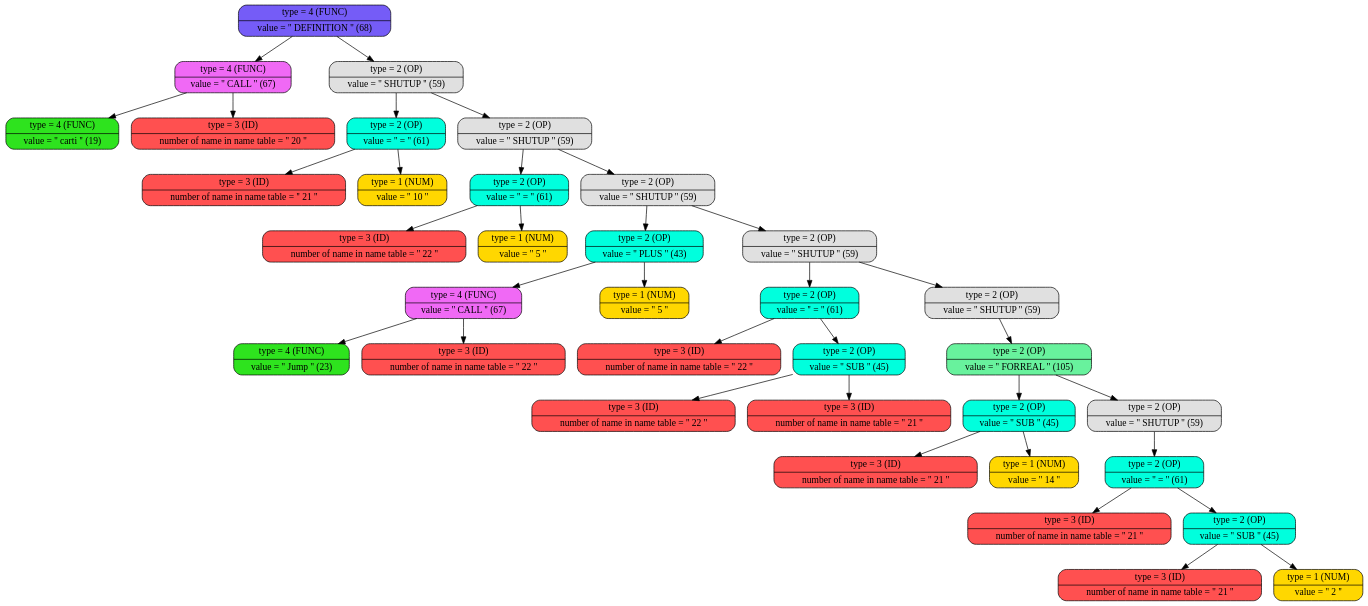
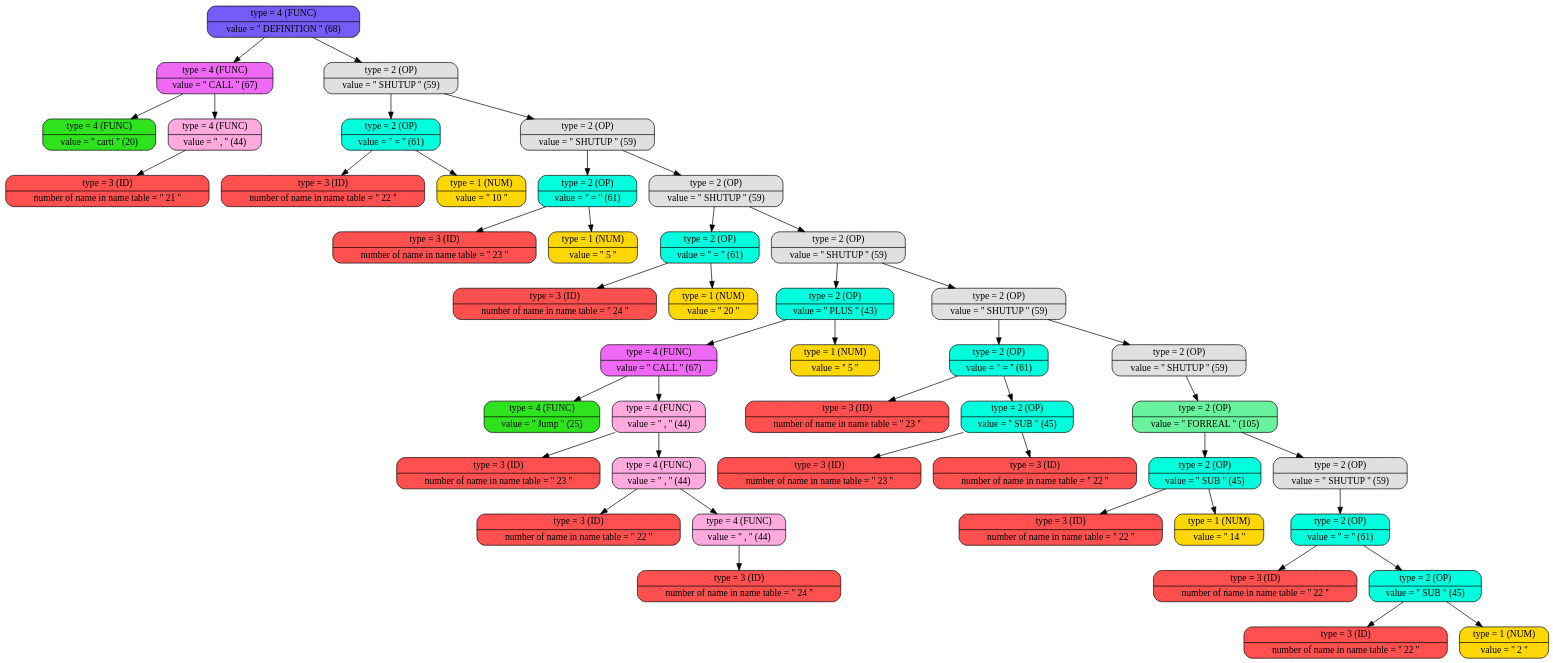
Before and after one commit to daniilgriga/MyProgrammingLanguage: the diagram in build/graph_tree.dot, drawn with Graphviz. The commit also changed 22 other files, not shown here.

```diff
--- a/build/graph_tree.dot
+++ b/build/graph_tree.dot
@@ -1,74 +1,94 @@
 digraph
 {
 bgcolor="transparent"
-node0x5030000006a0 [shape=Mrecord; label = " { type = 4 (FUNC) | value = '' DEFINITION ''  (68) }"; style = filled; fillcolor = "#755CF7"];
-node0x5030000006a0 -> node0x5030000000a0;
-node0x5030000006a0 -> node0x503000000160;
-node0x5030000000a0 [shape=Mrecord; label = " { type = 4 (FUNC) | value = '' CALL ''  (67) }"; style = filled; fillcolor = "#F069F5"];
-node0x5030000000a0 -> node0x503000000040;
+node0x503000000880 [shape=Mrecord; label = " { type = 4 (FUNC) | value = '' DEFINITION ''  (68) }"; style = filled; fillcolor = "#755CF7"];
+node0x503000000880 -> node0x5030000000d0;
+node0x503000000880 -> node0x503000000190;
+node0x5030000000d0 [shape=Mrecord; label = " { type = 4 (FUNC) | value = '' CALL ''  (67) }"; style = filled; fillcolor = "#F069F5"];
+node0x5030000000d0 -> node0x503000000040;
+node0x5030000000d0 -> node0x5030000000a0;
+node0x503000000040 [shape=Mrecord; label = " { type = 4 (FUNC) | value = '' carti ''  (20) }"; style = filled; fillcolor = "#2EE31E"];
+node0x5030000000a0 [shape=Mrecord; label = " { type = 4 (FUNC) | value = '' , ''  (44) }"; style = filled; fillcolor = "#FEAADF"];
 node0x5030000000a0 -> node0x503000000070;
-node0x503000000040 [shape=Mrecord; label = " { type = 4 (FUNC) | value = '' carti ''  (19) }"; style = filled; fillcolor = "#2EE31E"];
-node0x503000000070 [shape=Mrecord; label = " { type = 3 (ID)   | number of name in name table = '' 20 '' }"; style = filled; fillcolor = "#FF5050"];
-node0x503000000160 [shape=Mrecord; label = " { type = 2 (OP)   | value = '' SHUTUP ''  (59) }"; style = filled; fillcolor = "#E0E0E0"];
+node0x503000000070 [shape=Mrecord; label = " { type = 3 (ID)   | number of name in name table = '' 21 '' }"; style = filled; fillcolor = "#FF5050"];
+node0x503000000190 [shape=Mrecord; label = " { type = 2 (OP)   | value = '' SHUTUP ''  (59) }"; style = filled; fillcolor = "#E0E0E0"];
+node0x503000000190 -> node0x503000000160;
+node0x503000000190 -> node0x503000000250;
+node0x503000000160 [shape=Mrecord; label = " { type = 2 (OP)   | value = '' = ''  (61) }"; style = filled; fillcolor = "#00FFDD"];
+node0x503000000160 -> node0x503000000100;
 node0x503000000160 -> node0x503000000130;
-node0x503000000160 -> node0x503000000220;
-node0x503000000130 [shape=Mrecord; label = " { type = 2 (OP)   | value = '' = ''  (61) }"; style = filled; fillcolor = "#00FFDD"];
-node0x503000000130 -> node0x5030000000d0;
-node0x503000000130 -> node0x503000000100;
-node0x5030000000d0 [shape=Mrecord; label = " { type = 3 (ID)   | number of name in name table = '' 21 '' }"; style = filled; fillcolor = "#FF5050"];
-node0x503000000100 [shape=Mrecord; label = " { type = 1 (NUM)  | value = '' 10 '' }"; style = filled; fillcolor = "#FFD700"];
-node0x503000000220 [shape=Mrecord; label = " { type = 2 (OP)   | value = '' SHUTUP ''  (59) }"; style = filled; fillcolor = "#E0E0E0"];
+node0x503000000100 [shape=Mrecord; label = " { type = 3 (ID)   | number of name in name table = '' 22 '' }"; style = filled; fillcolor = "#FF5050"];
+node0x503000000130 [shape=Mrecord; label = " { type = 1 (NUM)  | value = '' 10 '' }"; style = filled; fillcolor = "#FFD700"];
+node0x503000000250 [shape=Mrecord; label = " { type = 2 (OP)   | value = '' SHUTUP ''  (59) }"; style = filled; fillcolor = "#E0E0E0"];
+node0x503000000250 -> node0x503000000220;
+node0x503000000250 -> node0x503000000310;
+node0x503000000220 [shape=Mrecord; label = " { type = 2 (OP)   | value = '' = ''  (61) }"; style = filled; fillcolor = "#00FFDD"];
+node0x503000000220 -> node0x5030000001c0;
 node0x503000000220 -> node0x5030000001f0;
-node0x503000000220 -> node0x503000000340;
-node0x5030000001f0 [shape=Mrecord; label = " { type = 2 (OP)   | value = '' = ''  (61) }"; style = filled; fillcolor = "#00FFDD"];
-node0x5030000001f0 -> node0x503000000190;
-node0x5030000001f0 -> node0x5030000001c0;
-node0x503000000190 [shape=Mrecord; label = " { type = 3 (ID)   | number of name in name table = '' 22 '' }"; style = filled; fillcolor = "#FF5050"];
-node0x5030000001c0 [shape=Mrecord; label = " { type = 1 (NUM)  | value = '' 5 '' }"; style = filled; fillcolor = "#FFD700"];
-node0x503000000340 [shape=Mrecord; label = " { type = 2 (OP)   | value = '' SHUTUP ''  (59) }"; style = filled; fillcolor = "#E0E0E0"];
-node0x503000000340 -> node0x503000000310;
-node0x503000000340 -> node0x503000000460;
-node0x503000000310 [shape=Mrecord; label = " { type = 2 (OP)   | value = '' PLUS ''  (43) }"; style = filled; fillcolor = "#00FFDD"];
-node0x503000000310 -> node0x5030000002b0;
+node0x5030000001c0 [shape=Mrecord; label = " { type = 3 (ID)   | number of name in name table = '' 23 '' }"; style = filled; fillcolor = "#FF5050"];
+node0x5030000001f0 [shape=Mrecord; label = " { type = 1 (NUM)  | value = '' 5 '' }"; style = filled; fillcolor = "#FFD700"];
+node0x503000000310 [shape=Mrecord; label = " { type = 2 (OP)   | value = '' SHUTUP ''  (59) }"; style = filled; fillcolor = "#E0E0E0"];
 node0x503000000310 -> node0x5030000002e0;
-node0x5030000002b0 [shape=Mrecord; label = " { type = 4 (FUNC) | value = '' CALL ''  (67) }"; style = filled; fillcolor = "#F069F5"];
-node0x5030000002b0 -> node0x503000000250;
-node0x5030000002b0 -> node0x503000000280;
-node0x503000000250 [shape=Mrecord; label = " { type = 4 (FUNC) | value = '' Jump ''  (23) }"; style = filled; fillcolor = "#2EE31E"];
-node0x503000000280 [shape=Mrecord; label = " { type = 3 (ID)   | number of name in name table = '' 22 '' }"; style = filled; fillcolor = "#FF5050"];
-node0x5030000002e0 [shape=Mrecord; label = " { type = 1 (NUM)  | value = '' 5 '' }"; style = filled; fillcolor = "#FFD700"];
-node0x503000000460 [shape=Mrecord; label = " { type = 2 (OP)   | value = '' SHUTUP ''  (59) }"; style = filled; fillcolor = "#E0E0E0"];
-node0x503000000460 -> node0x503000000430;
-node0x503000000460 -> node0x503000000670;
-node0x503000000430 [shape=Mrecord; label = " { type = 2 (OP)   | value = '' = ''  (61) }"; style = filled; fillcolor = "#00FFDD"];
-node0x503000000430 -> node0x503000000370;
-node0x503000000430 -> node0x503000000400;
-node0x503000000370 [shape=Mrecord; label = " { type = 3 (ID)   | number of name in name table = '' 22 '' }"; style = filled; fillcolor = "#FF5050"];
-node0x503000000400 [shape=Mrecord; label = " { type = 2 (OP)   | value = '' SUB ''  (45) }"; style = filled; fillcolor = "#00FFDD"];
-node0x503000000400 -> node0x5030000003a0;
-node0x503000000400 -> node0x5030000003d0;
-node0x5030000003a0 [shape=Mrecord; label = " { type = 3 (ID)   | number of name in name table = '' 22 '' }"; style = filled; fillcolor = "#FF5050"];
-node0x5030000003d0 [shape=Mrecord; label = " { type = 3 (ID)   | number of name in name table = '' 21 '' }"; style = filled; fillcolor = "#FF5050"];
-node0x503000000670 [shape=Mrecord; label = " { type = 2 (OP)   | value = '' SHUTUP ''  (59) }"; style = filled; fillcolor = "#E0E0E0"];
-node0x503000000670 -> node0x503000000640;
-node0x503000000640 [shape=Mrecord; label = " { type = 2 (OP)   | value = '' FORREAL ''  (105) }"; style = filled; fillcolor = "#68F29D"];
-node0x503000000640 -> node0x5030000004f0;
-node0x503000000640 -> node0x503000000610;
-node0x5030000004f0 [shape=Mrecord; label = " { type = 2 (OP)   | value = '' SUB ''  (45) }"; style = filled; fillcolor = "#00FFDD"];
+node0x503000000310 -> node0x503000000520;
+node0x5030000002e0 [shape=Mrecord; label = " { type = 2 (OP)   | value = '' = ''  (61) }"; style = filled; fillcolor = "#00FFDD"];
+node0x5030000002e0 -> node0x503000000280;
+node0x5030000002e0 -> node0x5030000002b0;
+node0x503000000280 [shape=Mrecord; label = " { type = 3 (ID)   | number of name in name table = '' 24 '' }"; style = filled; fillcolor = "#FF5050"];
+node0x5030000002b0 [shape=Mrecord; label = " { type = 1 (NUM)  | value = '' 20 '' }"; style = filled; fillcolor = "#FFD700"];
+node0x503000000520 [shape=Mrecord; label = " { type = 2 (OP)   | value = '' SHUTUP ''  (59) }"; style = filled; fillcolor = "#E0E0E0"];
+node0x503000000520 -> node0x5030000004f0;
+node0x503000000520 -> node0x503000000640;
+node0x5030000004f0 [shape=Mrecord; label = " { type = 2 (OP)   | value = '' PLUS ''  (43) }"; style = filled; fillcolor = "#00FFDD"];
 node0x5030000004f0 -> node0x503000000490;
 node0x5030000004f0 -> node0x5030000004c0;
-node0x503000000490 [shape=Mrecord; label = " { type = 3 (ID)   | number of name in name table = '' 21 '' }"; style = filled; fillcolor = "#FF5050"];
-node0x5030000004c0 [shape=Mrecord; label = " { type = 1 (NUM)  | value = '' 14 '' }"; style = filled; fillcolor = "#FFD700"];
-node0x503000000610 [shape=Mrecord; label = " { type = 2 (OP)   | value = '' SHUTUP ''  (59) }"; style = filled; fillcolor = "#E0E0E0"];
+node0x503000000490 [shape=Mrecord; label = " { type = 4 (FUNC) | value = '' CALL ''  (67) }"; style = filled; fillcolor = "#F069F5"];
+node0x503000000490 -> node0x503000000340;
+node0x503000000490 -> node0x5030000003a0;
+node0x503000000340 [shape=Mrecord; label = " { type = 4 (FUNC) | value = '' Jump ''  (25) }"; style = filled; fillcolor = "#2EE31E"];
+node0x5030000003a0 [shape=Mrecord; label = " { type = 4 (FUNC) | value = '' , ''  (44) }"; style = filled; fillcolor = "#FEAADF"];
+node0x5030000003a0 -> node0x503000000370;
+node0x5030000003a0 -> node0x503000000400;
+node0x503000000370 [shape=Mrecord; label = " { type = 3 (ID)   | number of name in name table = '' 23 '' }"; style = filled; fillcolor = "#FF5050"];
+node0x503000000400 [shape=Mrecord; label = " { type = 4 (FUNC) | value = '' , ''  (44) }"; style = filled; fillcolor = "#FEAADF"];
+node0x503000000400 -> node0x5030000003d0;
+node0x503000000400 -> node0x503000000460;
+node0x5030000003d0 [shape=Mrecord; label = " { type = 3 (ID)   | number of name in name table = '' 22 '' }"; style = filled; fillcolor = "#FF5050"];
+node0x503000000460 [shape=Mrecord; label = " { type = 4 (FUNC) | value = '' , ''  (44) }"; style = filled; fillcolor = "#FEAADF"];
+node0x503000000460 -> node0x503000000430;
+node0x503000000430 [shape=Mrecord; label = " { type = 3 (ID)   | number of name in name table = '' 24 '' }"; style = filled; fillcolor = "#FF5050"];
+node0x5030000004c0 [shape=Mrecord; label = " { type = 1 (NUM)  | value = '' 5 '' }"; style = filled; fillcolor = "#FFD700"];
+node0x503000000640 [shape=Mrecord; label = " { type = 2 (OP)   | value = '' SHUTUP ''  (59) }"; style = filled; fillcolor = "#E0E0E0"];
+node0x503000000640 -> node0x503000000610;
+node0x503000000640 -> node0x503000000850;
+node0x503000000610 [shape=Mrecord; label = " { type = 2 (OP)   | value = '' = ''  (61) }"; style = filled; fillcolor = "#00FFDD"];
+node0x503000000610 -> node0x503000000550;
 node0x503000000610 -> node0x5030000005e0;
-node0x5030000005e0 [shape=Mrecord; label = " { type = 2 (OP)   | value = '' = ''  (61) }"; style = filled; fillcolor = "#00FFDD"];
-node0x5030000005e0 -> node0x503000000520;
+node0x503000000550 [shape=Mrecord; label = " { type = 3 (ID)   | number of name in name table = '' 23 '' }"; style = filled; fillcolor = "#FF5050"];
+node0x5030000005e0 [shape=Mrecord; label = " { type = 2 (OP)   | value = '' SUB ''  (45) }"; style = filled; fillcolor = "#00FFDD"];
+node0x5030000005e0 -> node0x503000000580;
 node0x5030000005e0 -> node0x5030000005b0;
-node0x503000000520 [shape=Mrecord; label = " { type = 3 (ID)   | number of name in name table = '' 21 '' }"; style = filled; fillcolor = "#FF5050"];
-node0x5030000005b0 [shape=Mrecord; label = " { type = 2 (OP)   | value = '' SUB ''  (45) }"; style = filled; fillcolor = "#00FFDD"];
-node0x5030000005b0 -> node0x503000000550;
-node0x5030000005b0 -> node0x503000000580;
-node0x503000000550 [shape=Mrecord; label = " { type = 3 (ID)   | number of name in name table = '' 21 '' }"; style = filled; fillcolor = "#FF5050"];
-node0x503000000580 [shape=Mrecord; label = " { type = 1 (NUM)  | value = '' 2 '' }"; style = filled; fillcolor = "#FFD700"];
+node0x503000000580 [shape=Mrecord; label = " { type = 3 (ID)   | number of name in name table = '' 23 '' }"; style = filled; fillcolor = "#FF5050"];
+node0x5030000005b0 [shape=Mrecord; label = " { type = 3 (ID)   | number of name in name table = '' 22 '' }"; style = filled; fillcolor = "#FF5050"];
+node0x503000000850 [shape=Mrecord; label = " { type = 2 (OP)   | value = '' SHUTUP ''  (59) }"; style = filled; fillcolor = "#E0E0E0"];
+node0x503000000850 -> node0x503000000820;
+node0x503000000820 [shape=Mrecord; label = " { type = 2 (OP)   | value = '' FORREAL ''  (105) }"; style = filled; fillcolor = "#68F29D"];
+node0x503000000820 -> node0x5030000006d0;
+node0x503000000820 -> node0x5030000007f0;
+node0x5030000006d0 [shape=Mrecord; label = " { type = 2 (OP)   | value = '' SUB ''  (45) }"; style = filled; fillcolor = "#00FFDD"];
+node0x5030000006d0 -> node0x503000000670;
+node0x5030000006d0 -> node0x5030000006a0;
+node0x503000000670 [shape=Mrecord; label = " { type = 3 (ID)   | number of name in name table = '' 22 '' }"; style = filled; fillcolor = "#FF5050"];
+node0x5030000006a0 [shape=Mrecord; label = " { type = 1 (NUM)  | value = '' 14 '' }"; style = filled; fillcolor = "#FFD700"];
+node0x5030000007f0 [shape=Mrecord; label = " { type = 2 (OP)   | value = '' SHUTUP ''  (59) }"; style = filled; fillcolor = "#E0E0E0"];
+node0x5030000007f0 -> node0x5030000007c0;
+node0x5030000007c0 [shape=Mrecord; label = " { type = 2 (OP)   | value = '' = ''  (61) }"; style = filled; fillcolor = "#00FFDD"];
+node0x5030000007c0 -> node0x503000000700;
+node0x5030000007c0 -> node0x503000000790;
+node0x503000000700 [shape=Mrecord; label = " { type = 3 (ID)   | number of name in name table = '' 22 '' }"; style = filled; fillcolor = "#FF5050"];
+node0x503000000790 [shape=Mrecord; label = " { type = 2 (OP)   | value = '' SUB ''  (45) }"; style = filled; fillcolor = "#00FFDD"];
+node0x503000000790 -> node0x503000000730;
+node0x503000000790 -> node0x503000000760;
+node0x503000000730 [shape=Mrecord; label = " { type = 3 (ID)   | number of name in name table = '' 22 '' }"; style = filled; fillcolor = "#FF5050"];
+node0x503000000760 [shape=Mrecord; label = " { type = 1 (NUM)  | value = '' 2 '' }"; style = filled; fillcolor = "#FFD700"];
 
 }
```
